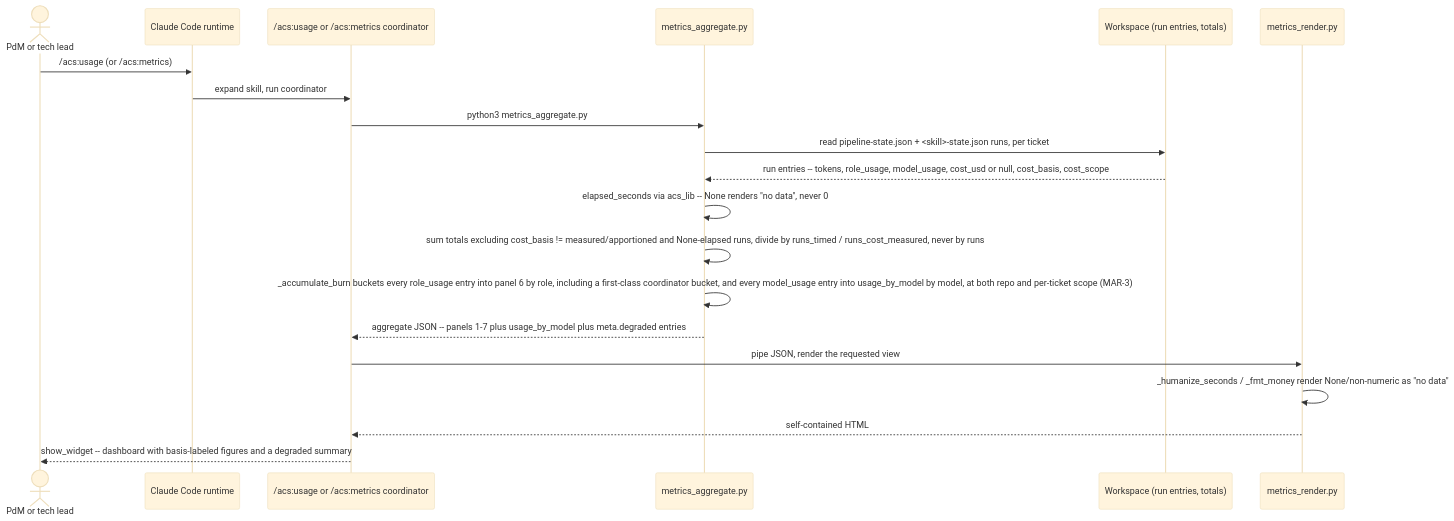
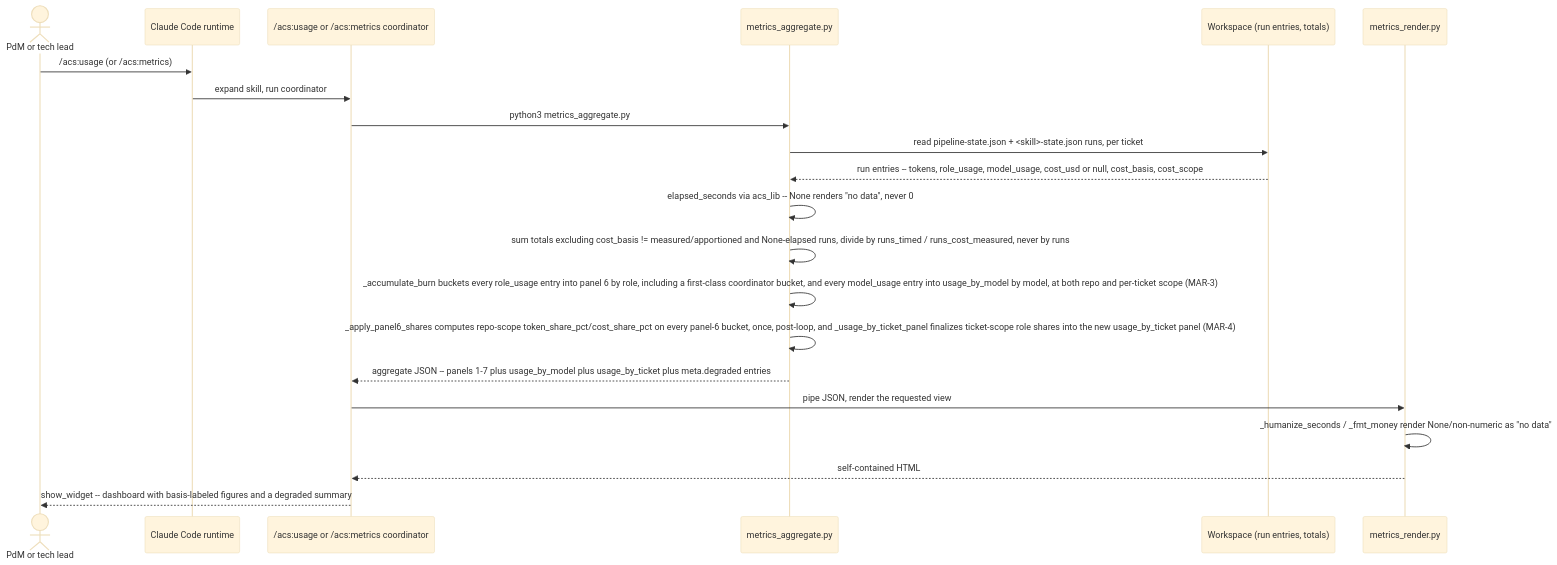
Before and after one commit to globalmindsolution/gms-marketplace: the second of 2 diagrams in docs/architecture/lld/flows/acs-cost-metering.md, drawn with Mermaid (base theme). The commit also changed other lines of this file and 10 other files, not shown here.

Commit message:
[#389] Percentage (token-share/cost-share) breakdown for /acs:usage (#398)

````diff
--- a/docs/architecture/lld/flows/acs-cost-metering.md
+++ b/docs/architecture/lld/flows/acs-cost-metering.md
@@ -88,23 +88,24 @@
 ```mermaid
 sequenceDiagram
     actor PM as PdM or tech lead
     participant CC as Claude Code runtime
     participant Usage as /acs:usage or /acs:metrics coordinator
     participant Agg as metrics_aggregate.py
     participant WS as Workspace (run entries, totals)
     participant Render as metrics_render.py
 
     PM->>CC: /acs:usage (or /acs:metrics)
     CC->>Usage: expand skill, run coordinator
     Usage->>Agg: python3 metrics_aggregate.py
     Agg->>WS: read pipeline-state.json + <skill>-state.json runs, per ticket
     WS-->>Agg: run entries -- tokens, role_usage, model_usage, cost_usd or null, cost_basis, cost_scope
     Agg->>Agg: elapsed_seconds via acs_lib -- None renders "no data", never 0
     Agg->>Agg: sum totals excluding cost_basis != measured/apportioned and None-elapsed runs, divide by runs_timed / runs_cost_measured, never by runs
     Agg->>Agg: _accumulate_burn buckets every role_usage entry into panel 6 by role, including a first-class coordinator bucket, and every model_usage entry into usage_by_model by model, at both repo and per-ticket scope (MAR-3)
-    Agg-->>Usage: aggregate JSON -- panels 1-7 plus usage_by_model plus meta.degraded entries
+    Agg->>Agg: _apply_panel6_shares computes repo-scope token_share_pct/cost_share_pct on every panel-6 bucket, once, post-loop, and _usage_by_ticket_panel finalizes ticket-scope role shares into the new usage_by_ticket panel (MAR-4)
+    Agg-->>Usage: aggregate JSON -- panels 1-7 plus usage_by_model plus usage_by_ticket plus meta.degraded entries
     Usage->>Render: pipe JSON, render the requested view
     Render->>Render: _humanize_seconds / _fmt_money render None/non-numeric as "no data"
     Render-->>Usage: self-contained HTML
     Usage-->>PM: show_widget -- dashboard with basis-labeled figures and a degraded summary
 ```
````
